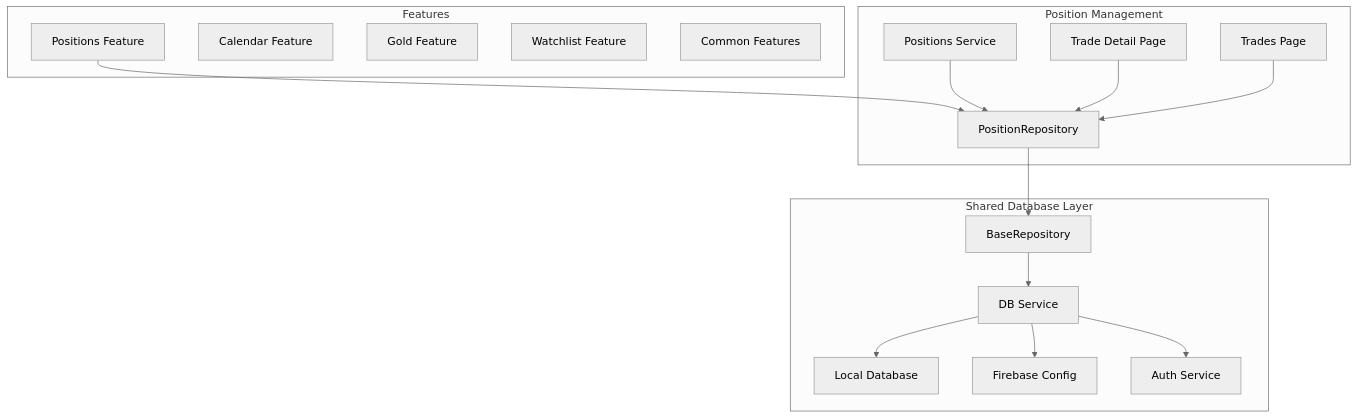
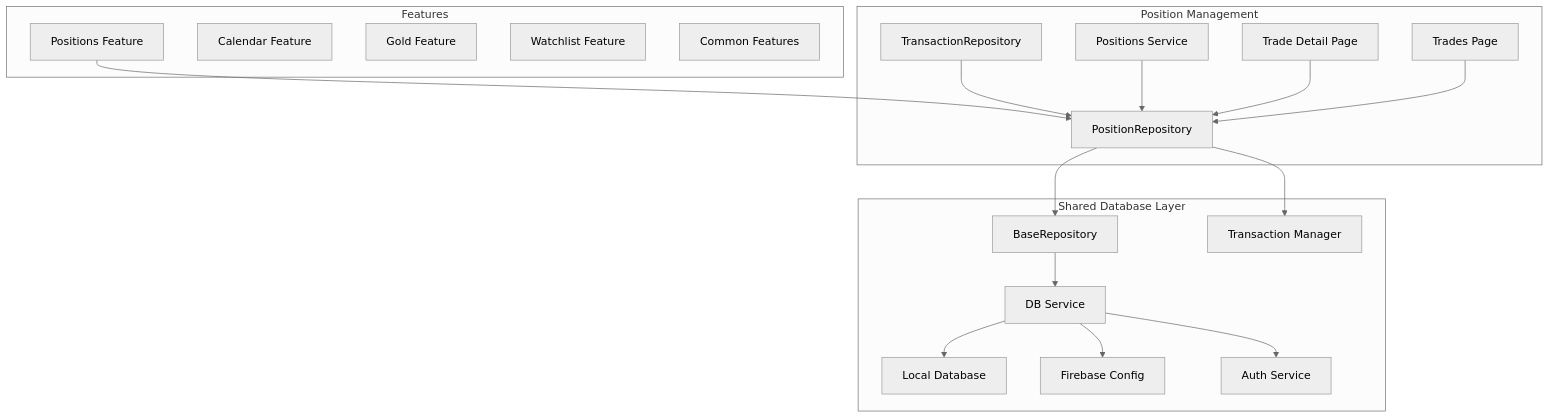
The first of 7 diagrams in .qoder/repowiki/en/content/API Reference/Repository API/Position Repository.md (iliyas77/MTF-monitor), drawn with Mermaid (neutral theme) before and after one commit. The commit also changed other lines of this file and 69 other files, not shown here.

````diff
--- a/.qoder/repowiki/en/content/API Reference/Repository API/Position Repository.md
+++ b/.qoder/repowiki/en/content/API Reference/Repository API/Position Repository.md
@@ -35,32 +44,36 @@
 ```mermaid
 graph TB
 subgraph "Features"
 Positions["Positions Feature"]
 Calendar["Calendar Feature"]
 Gold["Gold Feature"]
 Watchlist["Watchlist Feature"]
 Common["Common Features"]
 end
 subgraph "Shared Database Layer"
 BaseRepo["BaseRepository"]
 DBService["DB Service"]
 LocalDB["Local Database"]
 FirebaseConfig["Firebase Config"]
 AuthService["Auth Service"]
+Transactions["Transaction Manager"]
 end
 subgraph "Position Management"
 PosRepo["PositionRepository"]
+TransRepo["TransactionRepository"]
 PosService["Positions Service"]
 TradeDetail["Trade Detail Page"]
 TradesPage["Trades Page"]
 end
 Positions --> PosRepo
 PosRepo --> BaseRepo
+PosRepo --> Transactions
 BaseRepo --> DBService
 DBService --> LocalDB
 DBService --> FirebaseConfig
 DBService --> AuthService
+TransRepo --> PosRepo
 PosService --> PosRepo
 TradeDetail --> PosRepo
 TradesPage --> PosRepo
 ```
````
